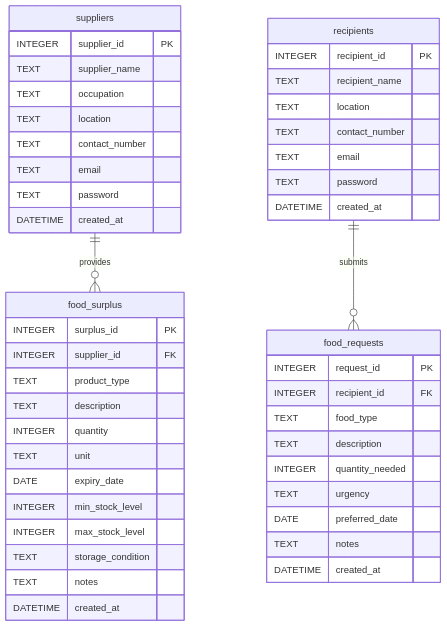
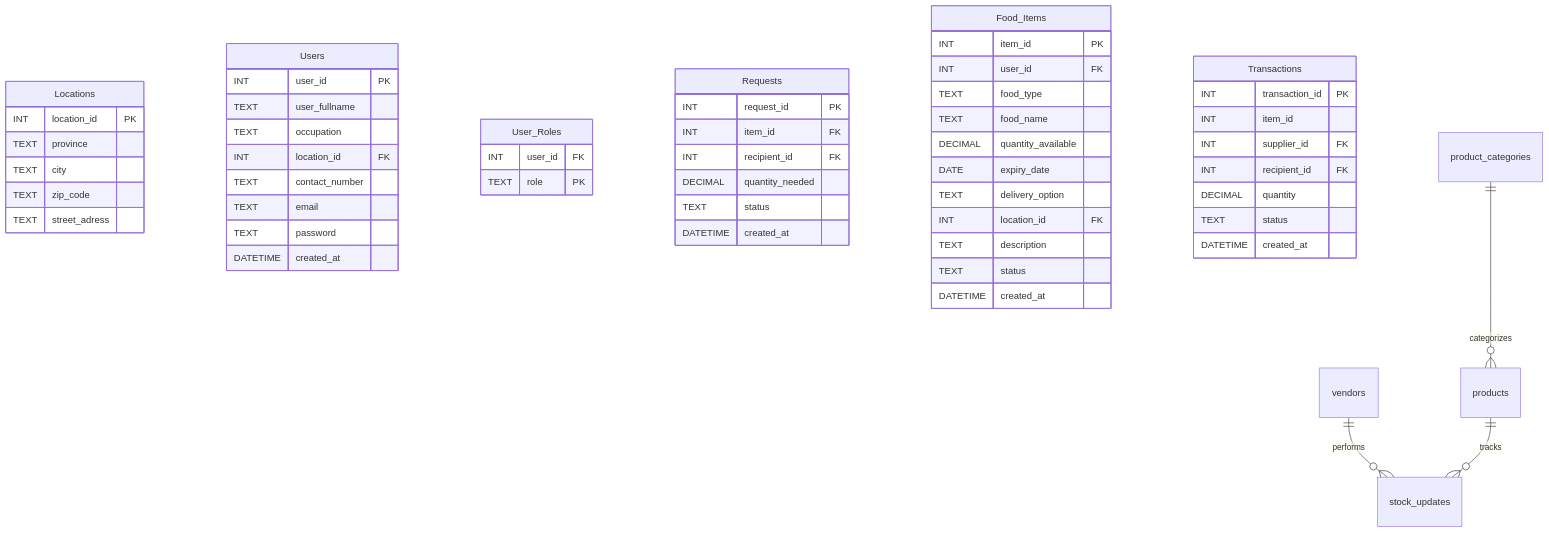
One commit to Cassidy-Thersby/BFB-321 changed the diagram in README.md. Above: the diagram before and after it, drawn with Mermaid.

````diff
--- a/README.md
+++ b/README.md
@@ -44,54 +44,64 @@
 ```mermaid
 erDiagram
-    suppliers {
-        INTEGER supplier_id PK
-        TEXT supplier_name
+   Locations {
+        INT  location_id PK
+        TEXT province
+        TEXT city
+        TEXT zip_code
+        TEXT street_adress
+    }
+
+   Users {
+        INT user_id PK
+        TEXT user_fullname 
         TEXT occupation
-        TEXT location
+        INT location_id FK
         TEXT contact_number
         TEXT email
         TEXT password
         DATETIME created_at
     }
 
-    recipients {
-        INTEGER recipient_id PK
-        TEXT recipient_name
-        TEXT location
-        TEXT contact_number
-        TEXT email
-        TEXT password
+   User_Roles {
+        INT user_id FK
+        TEXT role PK
+    }
+
+   Requests {
+        INT request_id PK
+        INT item_id FK
+        INT recipient_id FK
+        DECIMAL quantity_needed
+        TEXT status
         DATETIME created_at
     }
 
-    food_surplus {
-        INTEGER surplus_id PK
-        INTEGER supplier_id FK
-        TEXT product_type
+   Food_Items {
+        INT item_id PK
+        INT user_id FK
+        TEXT food_type
+        TEXT food_name
+        DECIMAL quantity_available
+        DATE expiry_date
+        TEXT delivery_option
+        INT location_id FK
         TEXT description
-        INTEGER quantity
-        TEXT unit
-        DATE expiry_date
-        INTEGER min_stock_level
-        INTEGER max_stock_level
-        TEXT storage_condition
-        TEXT notes
+        TEXT status
         DATETIME created_at
     }
 
-  food_requests {
-        INTEGER request_id PK
-        INTEGER recipient_id FK
-        TEXT food_type
-        TEXT description
-        INTEGER quantity_needed
-        TEXT urgency
-        DATE preferred_date
-        TEXT notes
+   Transactions {
+        INT transaction_id PK
+        INT item_id
+        INT supplier_id FK
+        INT recipient_id FK
+        DECIMAL quantity
+        TEXT status
         DATETIME created_at
     }
 
-    suppliers || -- o{ food_surplus : "provides"
-    recipients || -- o{ food_requests : "submits"
-    
+    product_categories ||--o{ products : "categorizes"
+    vendors ||--o{ stock_updates : "performs"
+    products ||--o{ stock_updates : "tracks"
+
 ```
````
